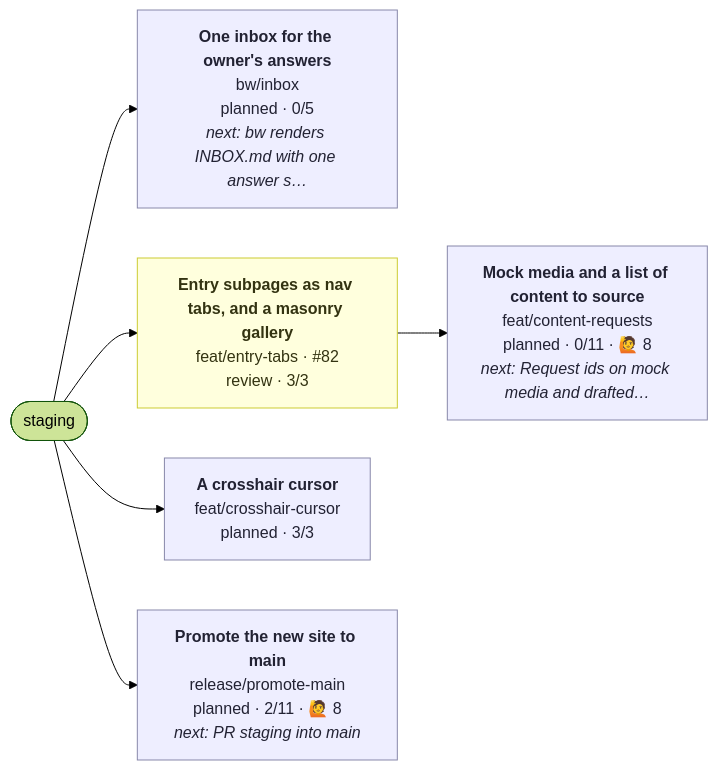
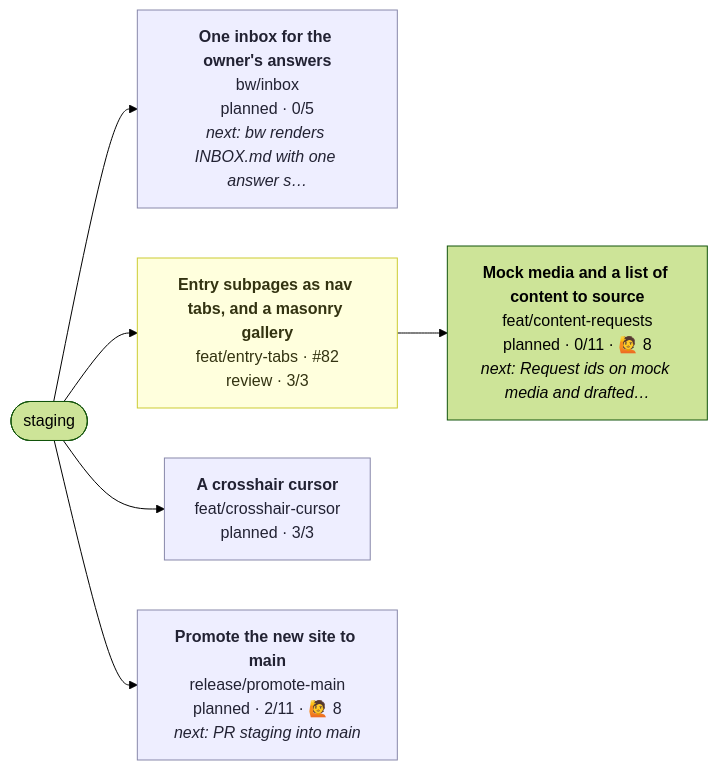
Before and after one commit to henryjonescodes/portfolio: the diagram in CONTRIBUTING.md, drawn with Mermaid (forest theme). The commit also changed other lines of this file, not shown here.

````diff
--- a/CONTRIBUTING.md
+++ b/CONTRIBUTING.md
@@ -16,24 +16,24 @@
 ```mermaid
 flowchart LR
   n_staging([staging])
   n_bw_inbox["<b>One inbox for the owner's answers</b><br/>bw/inbox<br/>planned · 0/5<br/><i>next: bw renders INBOX.md with one answer s…</i>"]
   class n_bw_inbox planned
   n_staging --> n_bw_inbox
   n_feat_content_requests["<b>Mock media and a list of content to source</b><br/>feat/content-requests<br/>planned · 0/11 · 🙋 8<br/><i>next: Request ids on mock media and drafted…</i>"]
-  class n_feat_content_requests planned
+  class n_feat_content_requests planned,current
   n_feat_entry_tabs --> n_feat_content_requests
   n_feat_crosshair_cursor["<b>A crosshair cursor</b><br/>feat/crosshair-cursor<br/>planned · 3/3"]
   class n_feat_crosshair_cursor planned
   n_staging --> n_feat_crosshair_cursor
   n_feat_entry_tabs["<b>Entry subpages as nav tabs, and a masonry gallery</b><br/>feat/entry-tabs · #82<br/>review · 3/3"]
   class n_feat_entry_tabs review
   n_staging --> n_feat_entry_tabs
   n_release_promote_main["<b>Promote the new site to main</b><br/>release/promote-main<br/>planned · 2/11 · 🙋 8<br/><i>next: PR staging into main</i>"]
   class n_release_promote_main planned
   n_staging --> n_release_promote_main
   classDef planned fill:#eef,stroke:#88a,color:#223
   classDef active fill:#dfd,stroke:#3a3,stroke-width:3px,color:#132
   classDef blocked fill:#fdd,stroke:#c33,color:#311
   classDef review fill:#ffd,stroke:#cc3,color:#331
   classDef current stroke:#06c,stroke-width:4px
 ```
````
